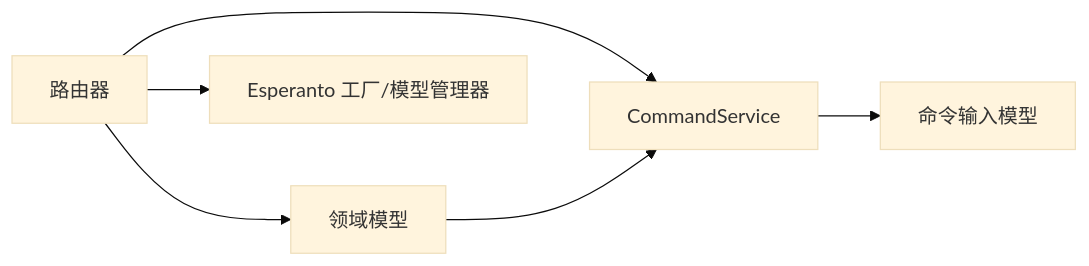
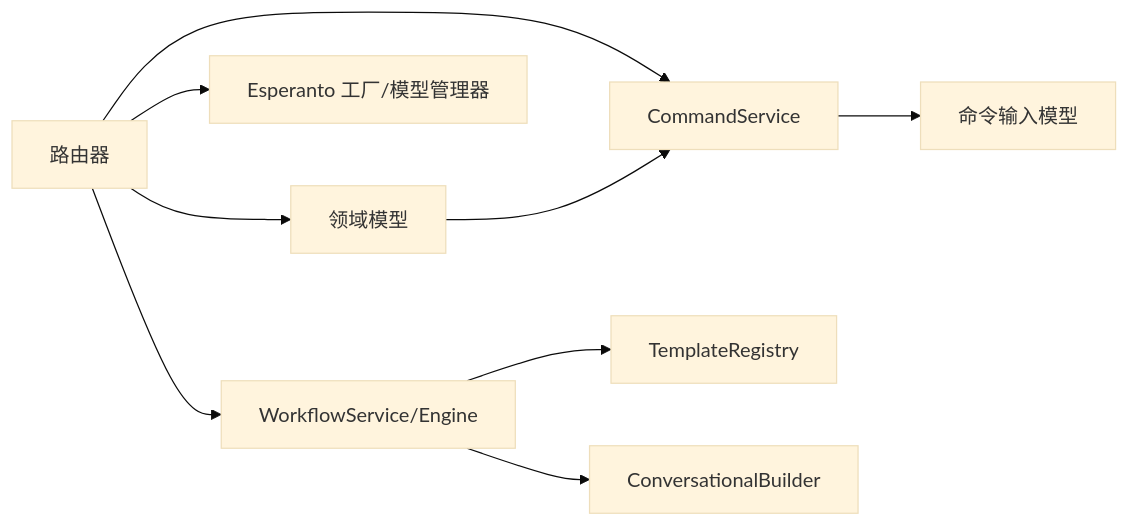
Before and after one commit to jackeyunjie/open-notebook: the fourth of 4 diagrams in .qoder/repowiki/zh/content/API参考文档/API参考文档.md, drawn with Mermaid (base theme). The commit also changed other lines of this file and 24 other files, not shown here.

````diff
--- a/.qoder/repowiki/zh/content/API参考文档/API参考文档.md
+++ b/.qoder/repowiki/zh/content/API参考文档/API参考文档.md
@@ -669,8 +762,11 @@
 ```mermaid
 graph LR
 R["路由器"] --> M["领域模型"]
 R --> S["CommandService"]
 M --> S
 S --> CMD["命令输入模型"]
 R --> E["Esperanto 工厂/模型管理器"]
+R --> W["WorkflowService/Engine"]
+W --> T["TemplateRegistry"]
+W --> C["ConversationalBuilder"]
 ```
````
